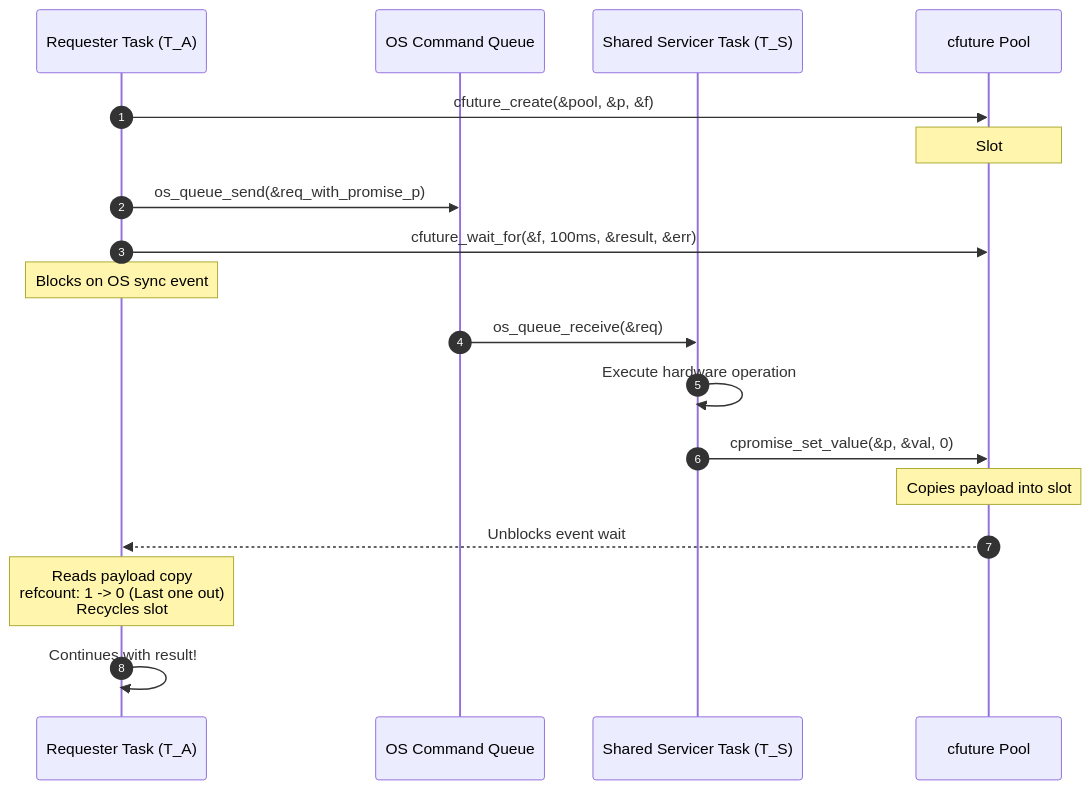
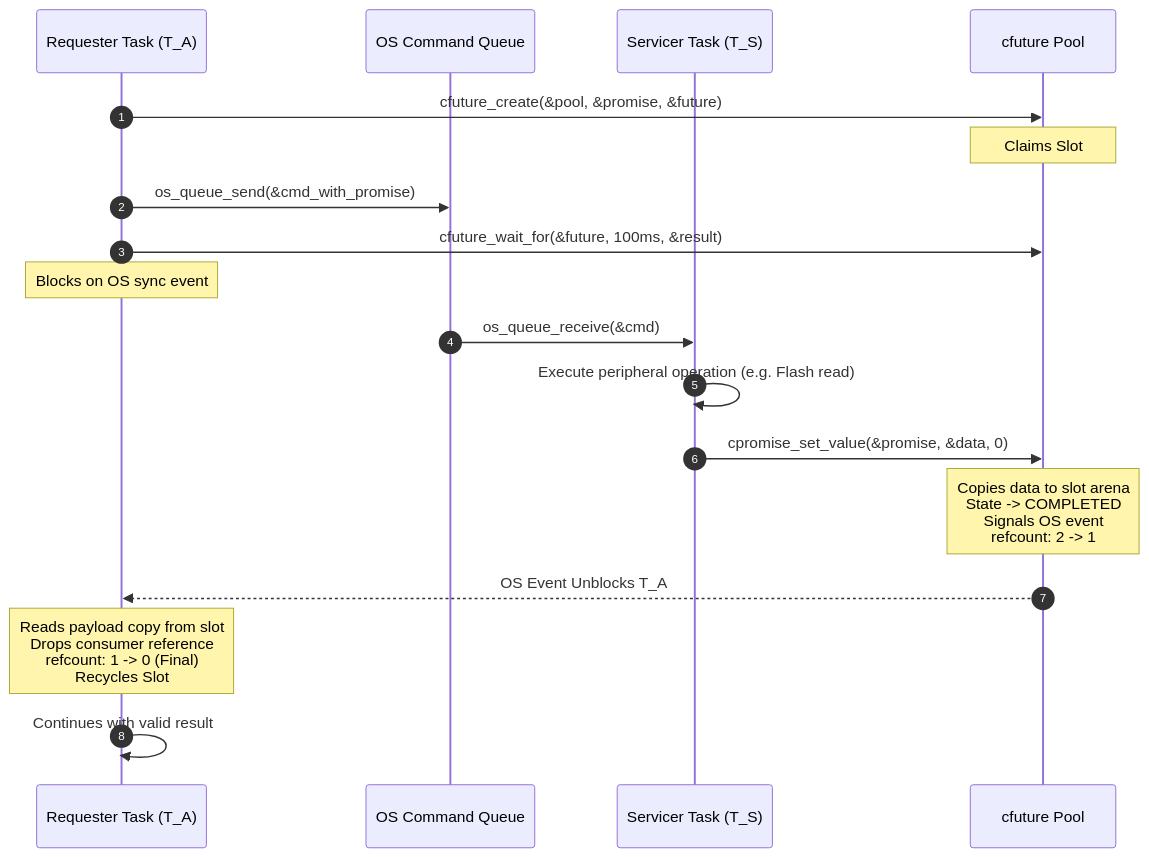
Before and after one commit to Mrunmoy/janus: the third of 6 diagrams in README.md, drawn with Mermaid. The commit also changed other lines of this file, not shown here.

Commit message:
docs: rewrite comprehensive technical architecture and concurrency readme

````diff
--- a/README.md
+++ b/README.md
@@ -71,21 +334,21 @@
 ```mermaid
 sequenceDiagram
     autonumber
     participant A as Requester Task (T_A)
     participant Q as OS Command Queue
-    participant S as Shared Servicer Task (T_S)
+    participant S as Servicer Task (T_S)
     participant P as cfuture Pool
 
-    A->>P: cfuture_create(&pool, &p, &f)
-    Note over P: Slot #2 claimed (refcount=2, state=PENDING)
-    A->>Q: os_queue_send(&req_with_promise_p)
-    A->>P: cfuture_wait_for(&f, 100ms, &result, &err)
+    A->>P: cfuture_create(&pool, &promise, &future)
+    Note over P: Claims Slot #0<br/>State = PENDING<br/>refcount = 2
+    A->>Q: os_queue_send(&cmd_with_promise)
+    A->>P: cfuture_wait_for(&future, 100ms, &result)
     Note over A: Blocks on OS sync event
-    Q->>S: os_queue_receive(&req)
-    S->>S: Execute hardware operation
-    S->>P: cpromise_set_value(&p, &val, 0)
-    Note over P: Copies payload into slot #2<br/>State -> COMPLETED<br/>Signals event<br/>refcount: 2 -> 1
-    P-->>A: Unblocks event wait
-    Note over A: Reads payload copy<br/>refcount: 1 -> 0 (Last one out)<br/>Recycles slot #2 bit in mask
-    A->>A: Continues with result!
+    Q->>S: os_queue_receive(&cmd)
+    S->>S: Execute peripheral operation (e.g. Flash read)
+    S->>P: cpromise_set_value(&promise, &data, 0)
+    Note over P: Copies data to slot arena<br/>State -> COMPLETED<br/>Signals OS event<br/>refcount: 2 -> 1
+    P-->>A: OS Event Unblocks T_A
+    Note over A: Reads payload copy from slot<br/>Drops consumer reference<br/>refcount: 1 -> 0 (Final)<br/>Recycles Slot #0 into bitmask
+    A->>A: Continues with valid result
 ```
````
